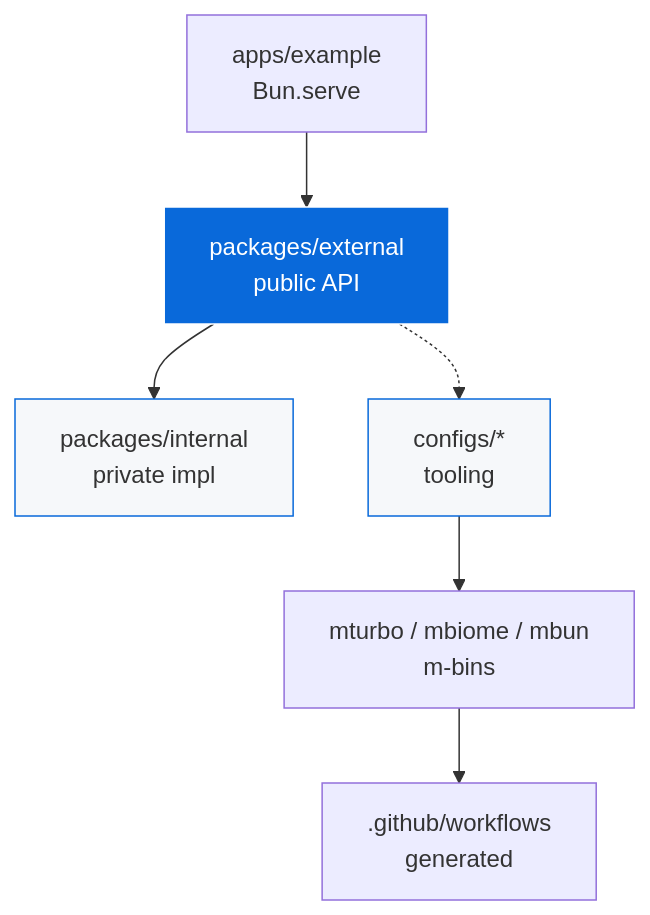
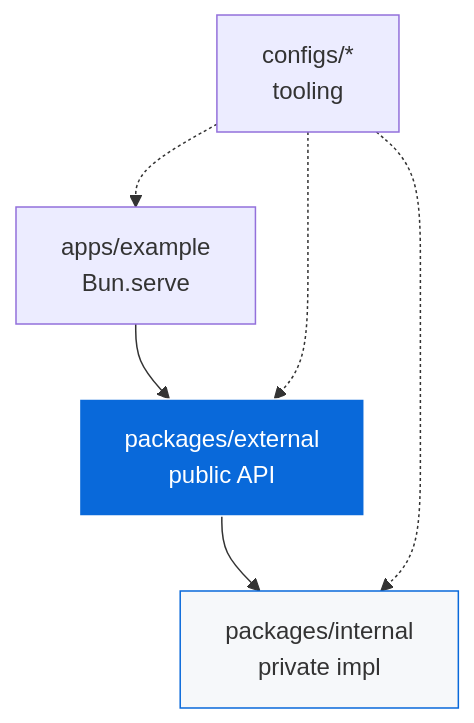
Before and after one commit to Archont561/ts-monorepo-template: the diagram in README.md, drawn with Mermaid. The commit also changed other lines of this file and 82 other files, not shown here.

````diff
--- a/README.md
+++ b/README.md
@@ -125,12 +107,11 @@
 ```mermaid
 graph TD
-    A["apps/example<br/>Bun.serve"] --> B["packages/external<br/>public API"]
-    B --> C["packages/internal<br/>private impl"]
-    B -.-> D["configs/*<br/>tooling"]
-    D --> E["mturbo / mbiome / mbun<br/>m-bins"]
-    E --> F[".github/workflows<br/>generated"]
+    A[apps/example<br/>Bun.serve] --> B[packages/external<br/>public API]
+    B --> C[packages/internal<br/>private impl]
+    D[configs/*<br/>tooling] -.-> B
+    D -.-> C
+    D -.-> A
 
     style B fill:#0969DA,stroke:#fff,color:#fff
     style C fill:#f6f8fa,stroke:#0969DA
-    style D fill:#f6f8fa,stroke:#0969DA
 ```
````
